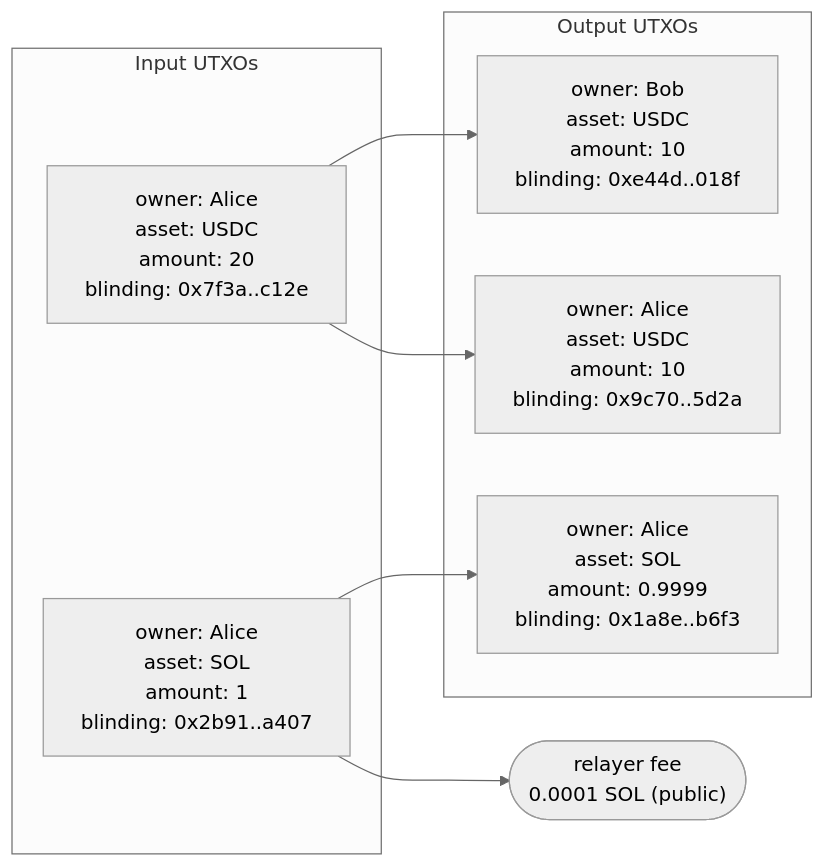
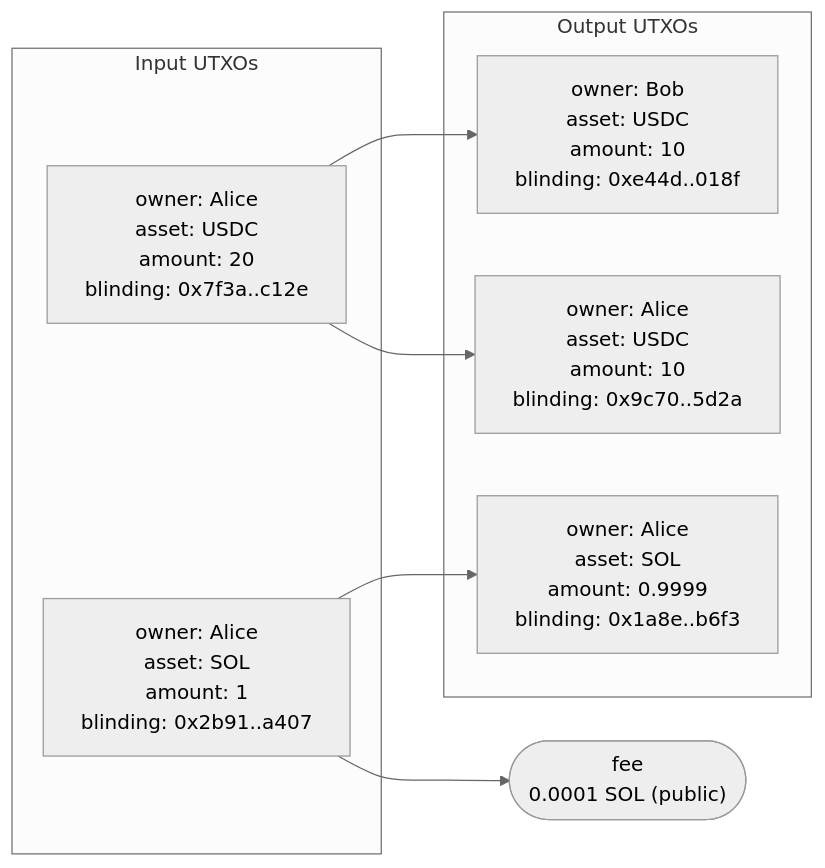
The fourth of 5 diagrams in docs/spec.md (helius-labs/zolana), drawn with Mermaid (neutral theme) before and after one commit. The commit also changed other lines of this file, not shown here.

````diff
--- a/docs/spec.md
+++ b/docs/spec.md
@@ -441,16 +439,16 @@
 ```mermaid
 flowchart LR
     subgraph inputs["Input UTXOs"]
         AU["owner: Alice<br/>asset: USDC<br/>amount: 20<br/>blinding: 0x7f3a..c12e"]
         AS["owner: Alice<br/>asset: SOL<br/>amount: 1<br/>blinding: 0x2b91..a407"]
     end
     subgraph outputs["Output UTXOs"]
         BU["owner: Bob<br/>asset: USDC<br/>amount: 10<br/>blinding: 0xe44d..018f"]
         CU["owner: Alice<br/>asset: USDC<br/>amount: 10<br/>blinding: 0x9c70..5d2a"]
         CS["owner: Alice<br/>asset: SOL<br/>amount: 0.9999<br/>blinding: 0x1a8e..b6f3"]
     end
     AU --> BU
     AU --> CU
     AS --> CS
-    AS --> RF(["relayer fee<br/>0.0001 SOL (public)"])
+    AS --> RF(["fee<br/>0.0001 SOL (public)"])
 ```
````
